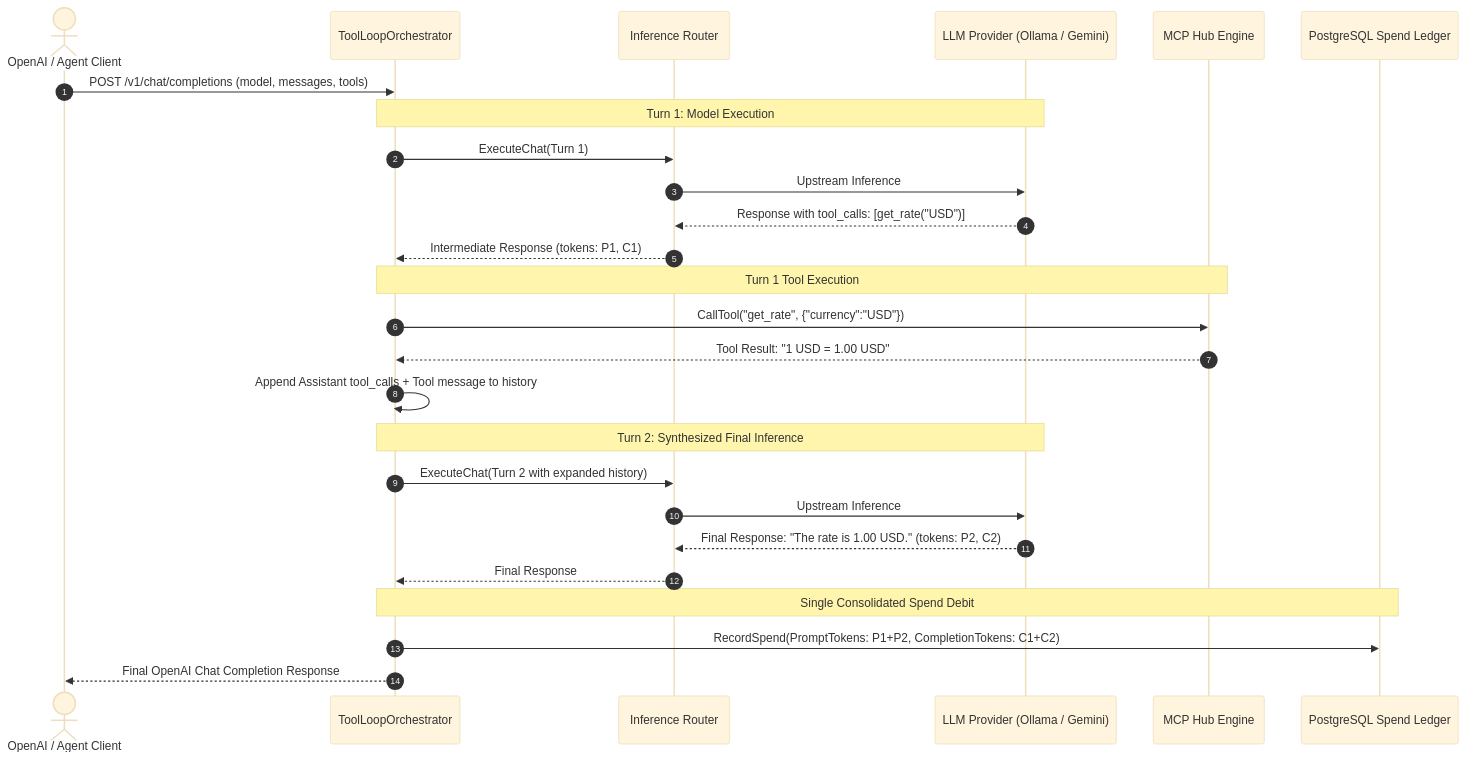
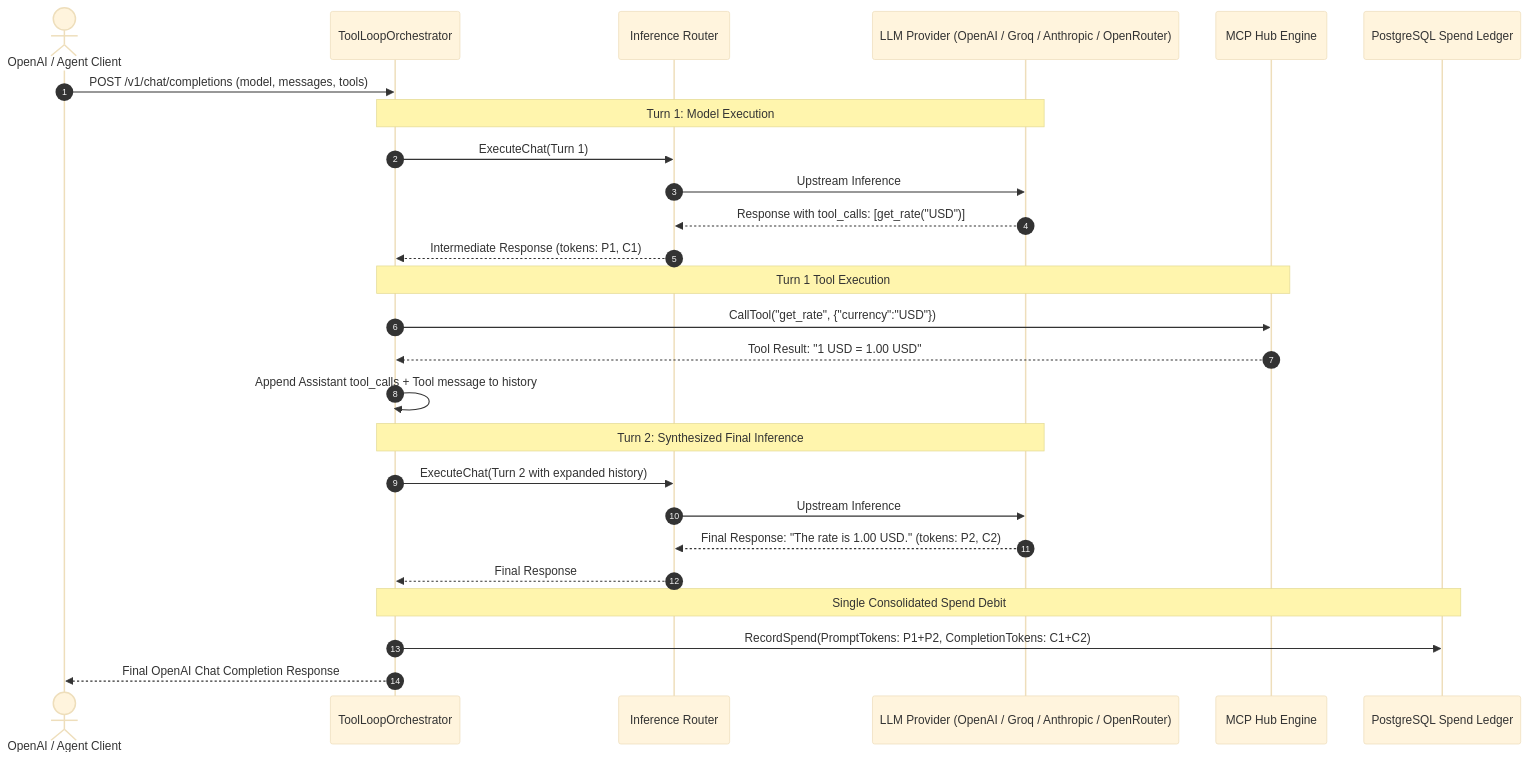
The fifth of 6 diagrams in docs/INTERNALS.md (goroute-ai/ai-gateway-go), drawn with Mermaid (base theme) before and after one commit. The commit also changed other lines of this file and 325 other files, not shown here.

````diff
--- a/docs/INTERNALS.md
+++ b/docs/INTERNALS.md
@@ -665,32 +651,32 @@
 ```mermaid
 sequenceDiagram
     autonumber
     actor Client as OpenAI / Agent Client
     participant Orch as ToolLoopOrchestrator
     participant Router as Inference Router
-    participant LLM as LLM Provider (Ollama / Gemini)
+    participant LLM as LLM Provider (OpenAI / Groq / Anthropic / OpenRouter)
     participant Hub as MCP Hub Engine
     participant FinOps as PostgreSQL Spend Ledger
 
     Client->>Orch: POST /v1/chat/completions (model, messages, tools)
     Note over Orch,LLM: Turn 1: Model Execution
     Orch->>Router: ExecuteChat(Turn 1)
     Router->>LLM: Upstream Inference
     LLM-->>Router: Response with tool_calls: [get_rate("USD")]
     Router-->>Orch: Intermediate Response (tokens: P1, C1)
 
     Note over Orch,Hub: Turn 1 Tool Execution
     Orch->>Hub: CallTool("get_rate", {"currency":"USD"})
     Hub-->>Orch: Tool Result: "1 USD = 1.00 USD"
     Orch->>Orch: Append Assistant tool_calls + Tool message to history
 
     Note over Orch,LLM: Turn 2: Synthesized Final Inference
     Orch->>Router: ExecuteChat(Turn 2 with expanded history)
     Router->>LLM: Upstream Inference
     LLM-->>Router: Final Response: "The rate is 1.00 USD." (tokens: P2, C2)
     Router-->>Orch: Final Response
 
     Note over Orch,FinOps: Single Consolidated Spend Debit
     Orch->>FinOps: RecordSpend(PromptTokens: P1+P2, CompletionTokens: C1+C2)
     Orch-->>Client: Final OpenAI Chat Completion Response
 ```
````
